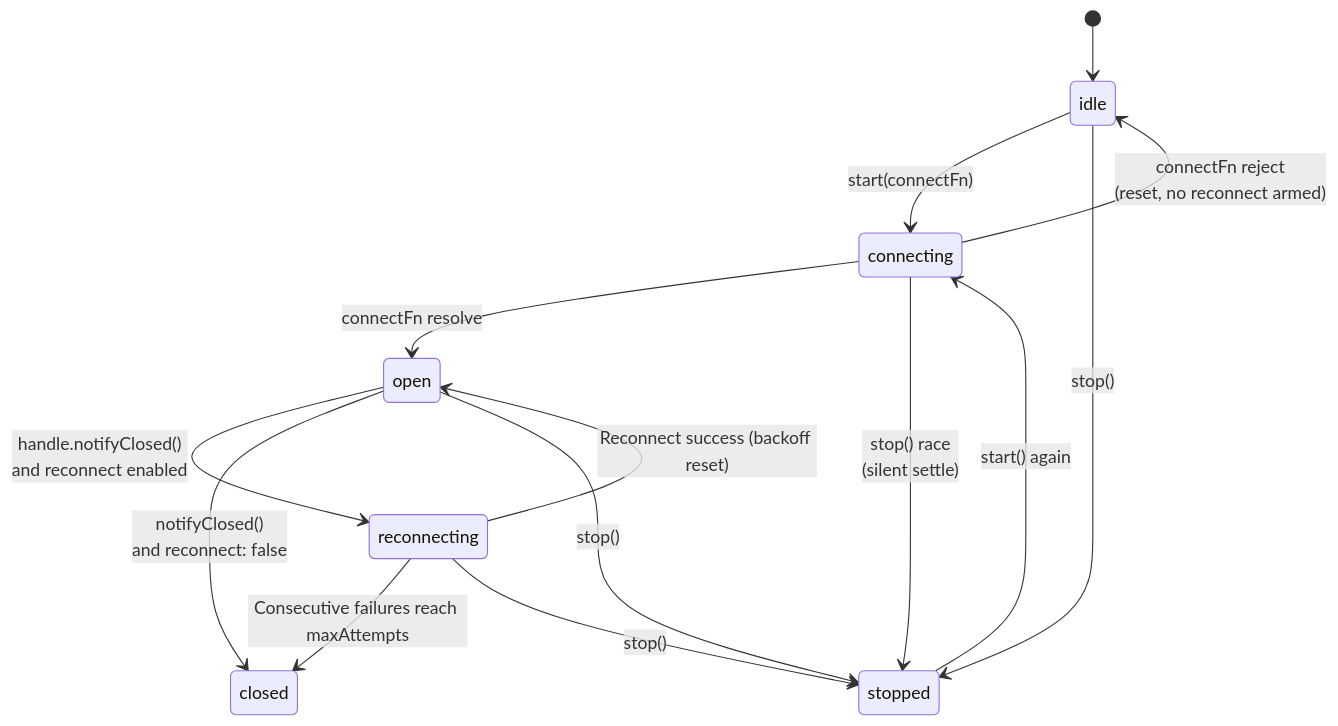
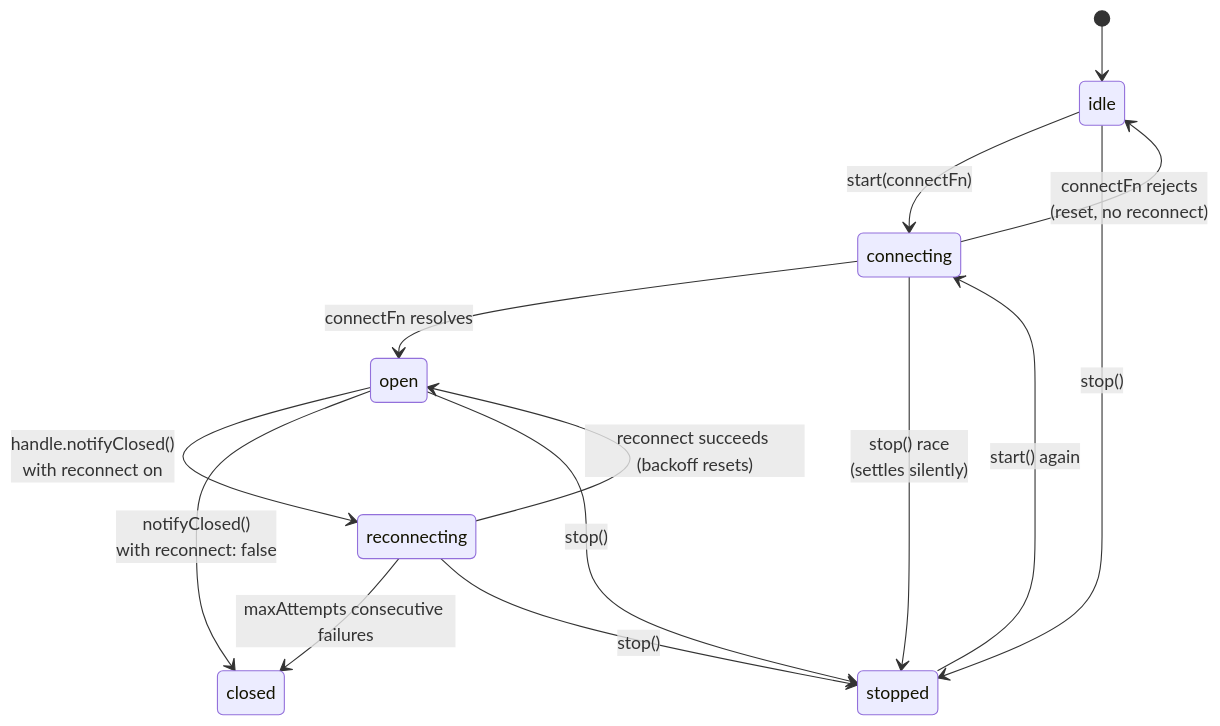
The diagram in docs/en/authoring/endpoint-lifecycle.md (zhinjs/zhin), drawn with Mermaid before and after one commit. The commit also changed other lines of this file and 9 other files, not shown here.

````diff
--- a/docs/en/authoring/endpoint-lifecycle.md
+++ b/docs/en/authoring/endpoint-lifecycle.md
@@ -7,16 +171,16 @@
 ```mermaid
 stateDiagram-v2
   [*] --> idle
   idle --> connecting: start(connectFn)
-  connecting --> open: connectFn resolve
-  connecting --> idle: connectFn reject<br/>(reset, no reconnect armed)
-  connecting --> stopped: stop() race<br/>(silent settle)
-  open --> reconnecting: handle.notifyClosed()<br/>and reconnect enabled
-  open --> closed: notifyClosed()<br/>and reconnect: false
-  reconnecting --> open: Reconnect success (backoff reset)
-  reconnecting --> closed: Consecutive failures reach maxAttempts
+  connecting --> open: connectFn resolves
+  connecting --> idle: connectFn rejects<br/>(reset, no reconnect)
+  connecting --> stopped: stop() race<br/>(settles silently)
+  open --> reconnecting: handle.notifyClosed()<br/>with reconnect on
+  open --> closed: notifyClosed()<br/>with reconnect: false
+  reconnecting --> open: reconnect succeeds (backoff resets)
+  reconnecting --> closed: maxAttempts consecutive failures
   idle --> stopped: stop()
   open --> stopped: stop()
   reconnecting --> stopped: stop()
   stopped --> connecting: start() again
 ```
````
